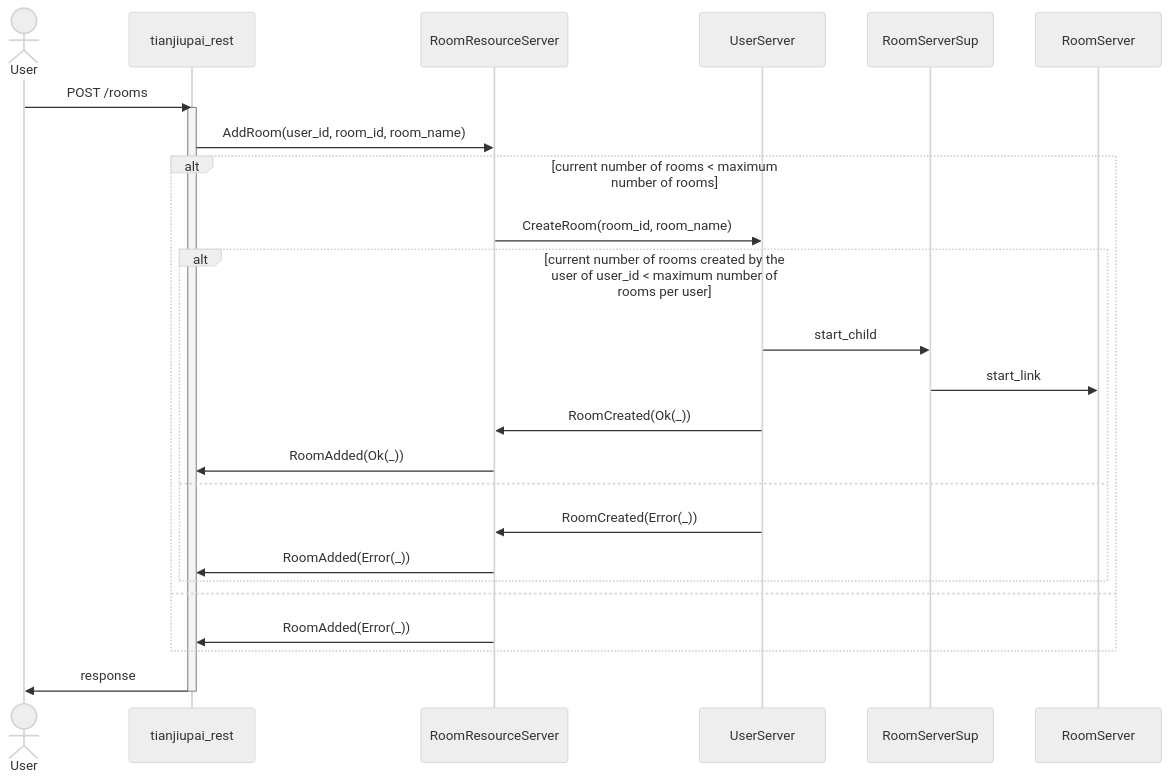
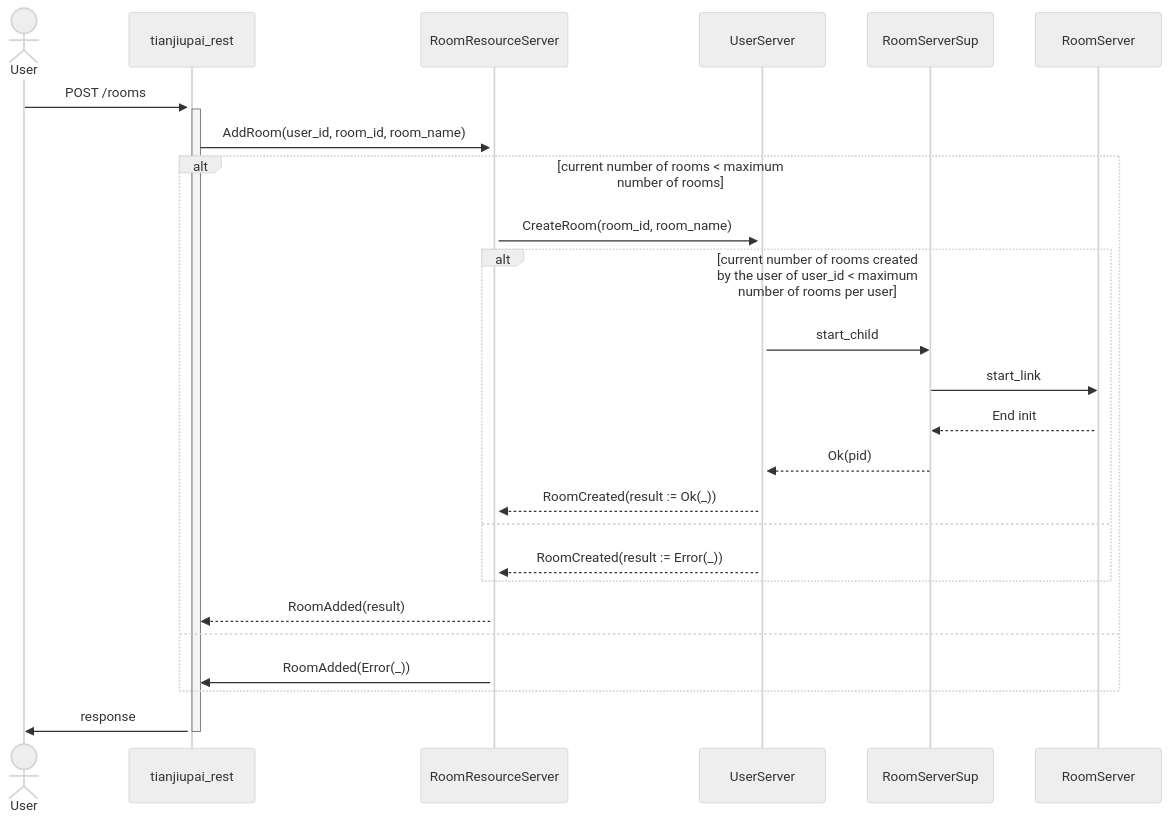
The second of 2 diagrams in docs/ARCHITECTURE.md (gfngfn/game_tianjiupai), drawn with Mermaid (neutral theme) before and after one commit. The commit also changed other lines of this file, not shown here.

Commit message:
slight modification

````diff
--- a/docs/ARCHITECTURE.md
+++ b/docs/ARCHITECTURE.md
@@ -31,29 +35,34 @@
 ```mermaid
 sequenceDiagram
   actor User
   participant tianjiupai_rest
   participant RoomResourceServer
   participant UserServer
   participant RoomServerSup
   participant RoomServer
+  activate tianjiupai_rest
+  activate RoomResourceServer
+  activate UserServer
+
   User ->> tianjiupai_rest : POST /rooms
   activate tianjiupai_rest
   tianjiupai_rest ->> RoomResourceServer : AddRoom(user_id, room_id, room_name)
   alt current number of rooms < maximum number of rooms
     RoomResourceServer ->> UserServer : CreateRoom(room_id, room_name)
     alt current number of rooms created by the user of user_id < maximum number of rooms per user
       UserServer ->> RoomServerSup : start_child
       RoomServerSup ->> RoomServer : start_link
       activate RoomServer
-      UserServer ->> RoomResourceServer : RoomCreated(Ok(_))
-      RoomResourceServer ->> tianjiupai_rest : RoomAdded(Ok(_))
+      RoomServer -->> RoomServerSup : End init
+      RoomServerSup -->> UserServer : Ok(pid)
+      UserServer -->> RoomResourceServer : RoomCreated(result := Ok(_))
     else
-      UserServer ->> RoomResourceServer : RoomCreated(Error(_))
-      RoomResourceServer ->> tianjiupai_rest : RoomAdded(Error(_))
+      UserServer -->> RoomResourceServer : RoomCreated(result := Error(_))
     end
+    RoomResourceServer -->> tianjiupai_rest : RoomAdded(result)
   else
     RoomResourceServer ->> tianjiupai_rest : RoomAdded(Error(_))
   end
   tianjiupai_rest ->> User : response
   deactivate tianjiupai_rest
 ```
````
